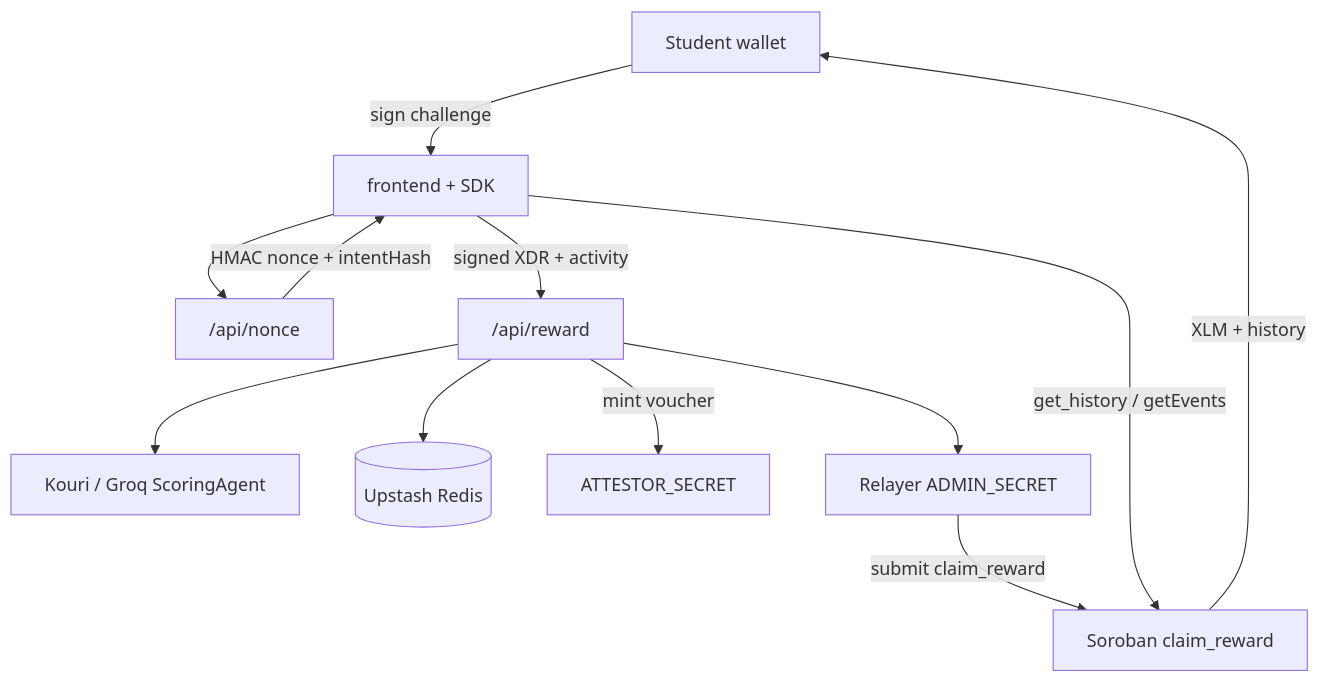
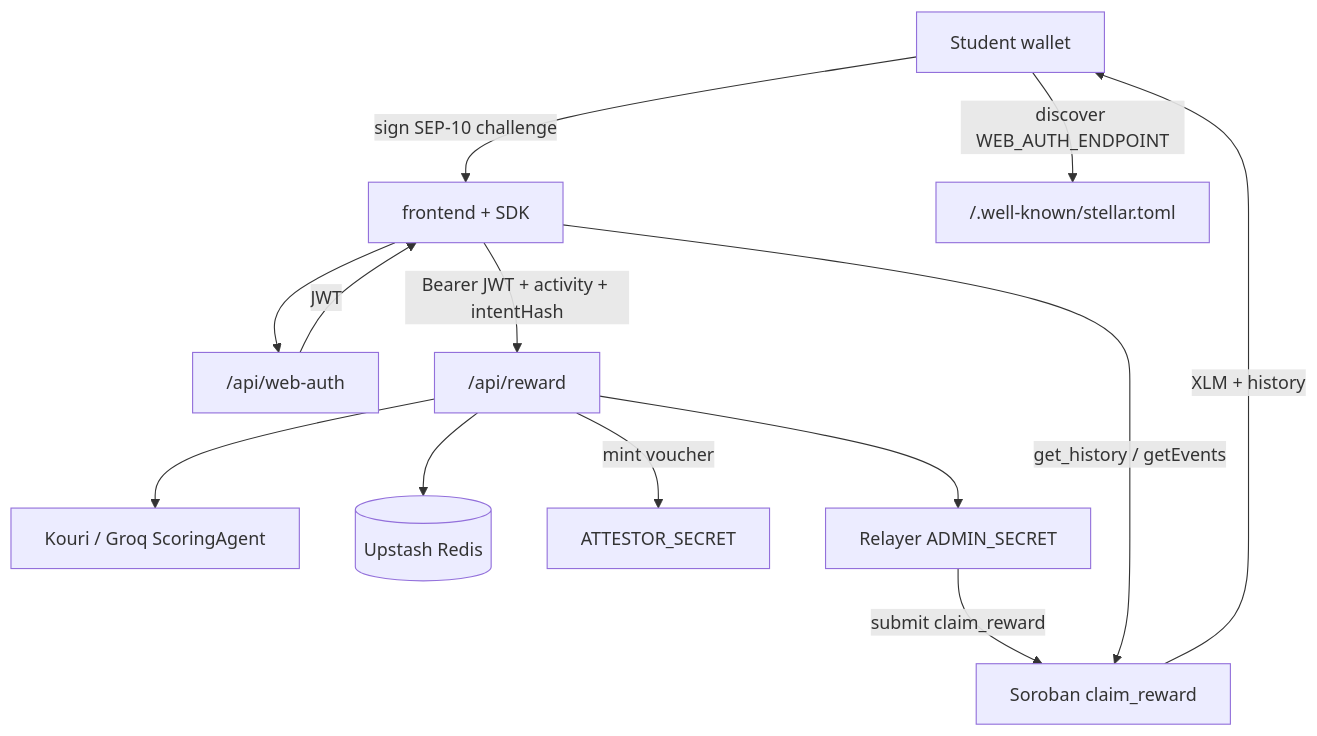
Before and after one commit to TadeyRuk/Achievo: the first of 2 diagrams in docs/ARCHITECTURE.md, drawn with Mermaid. The commit also changed other lines of this file and 43 other files, not shown here.

First line of the commit message:
Add SEP-1 stellar.toml and SEP-10 Web Auth for wallet ownership.

````diff
--- a/docs/ARCHITECTURE.md
+++ b/docs/ARCHITECTURE.md
@@ -50,24 +50,26 @@
 ```mermaid
 flowchart TB
   Student[Student wallet]
   UI[frontend + SDK]
-  Nonce["/api/nonce"]
+  Toml["/.well-known/stellar.toml"]
+  WebAuth["/api/web-auth"]
   Reward["/api/reward"]
   Groq[Kouri / Groq ScoringAgent]
   Redis[(Upstash Redis)]
   Attestor[ATTESTOR_SECRET]
   Relayer[Relayer ADMIN_SECRET]
   Contract[Soroban claim_reward]
 
-  Student -->|sign challenge| UI
-  UI --> Nonce
-  Nonce -->|HMAC nonce + intentHash| UI
-  UI -->|signed XDR + activity| Reward
+  Student -->|discover WEB_AUTH_ENDPOINT| Toml
+  Student -->|sign SEP-10 challenge| UI
+  UI --> WebAuth
+  WebAuth -->|JWT| UI
+  UI -->|Bearer JWT + activity + intentHash| Reward
   Reward --> Redis
   Reward --> Groq
   Reward -->|mint voucher| Attestor
   Reward --> Relayer
   Relayer -->|submit claim_reward| Contract
   Contract -->|XLM + history| Student
   UI -->|get_history / getEvents| Contract
 ```
````
